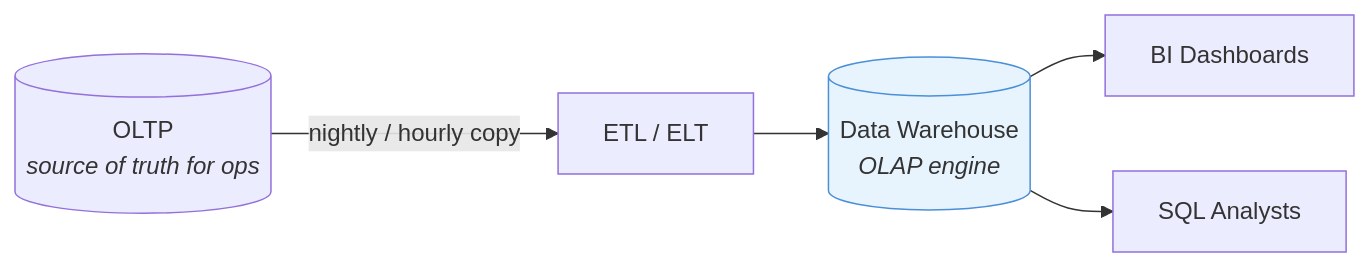
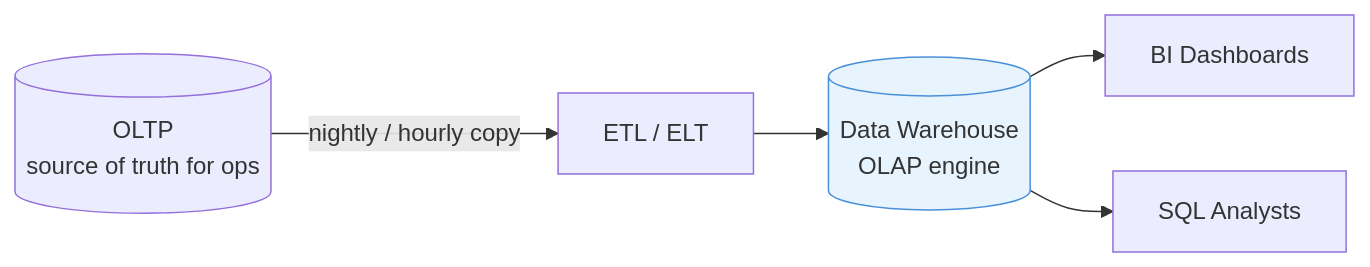
The fifth of 23 diagrams in data-architecture/data-warehouse.md (adnanrahin/adnanrahin.github.io), drawn with Mermaid before and after one commit. The commit also changed other lines of this file and 3 other files, not shown here.

Commit message:
updated the flowchart

````diff
--- a/data-architecture/data-warehouse.md
+++ b/data-architecture/data-warehouse.md
@@ -209,14 +205,14 @@
 ```mermaid
 flowchart LR
-    OLTP[("OLTP<br/><i>source of truth for ops</i>")]
+    OLTP[("OLTP<br/>source of truth for ops")]
     ETL["ETL / ELT"]
-    OLAP[("Data Warehouse<br/><i>OLAP engine</i>")]
+    OLAP[("Data Warehouse<br/>OLAP engine")]
     BI["BI Dashboards"]
     ANALYST["SQL Analysts"]
 
     OLTP -->|"nightly / hourly copy"| ETL --> OLAP
     OLAP --> BI
     OLAP --> ANALYST
 
     style OLAP fill:#E8F4FD,stroke:#4A90D9
 ```
````
